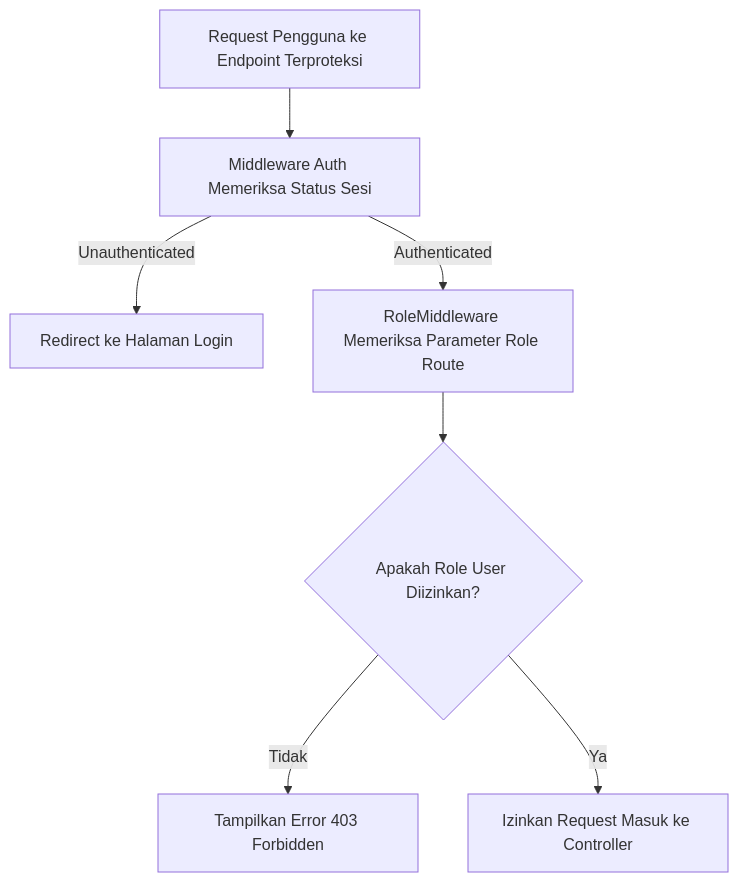
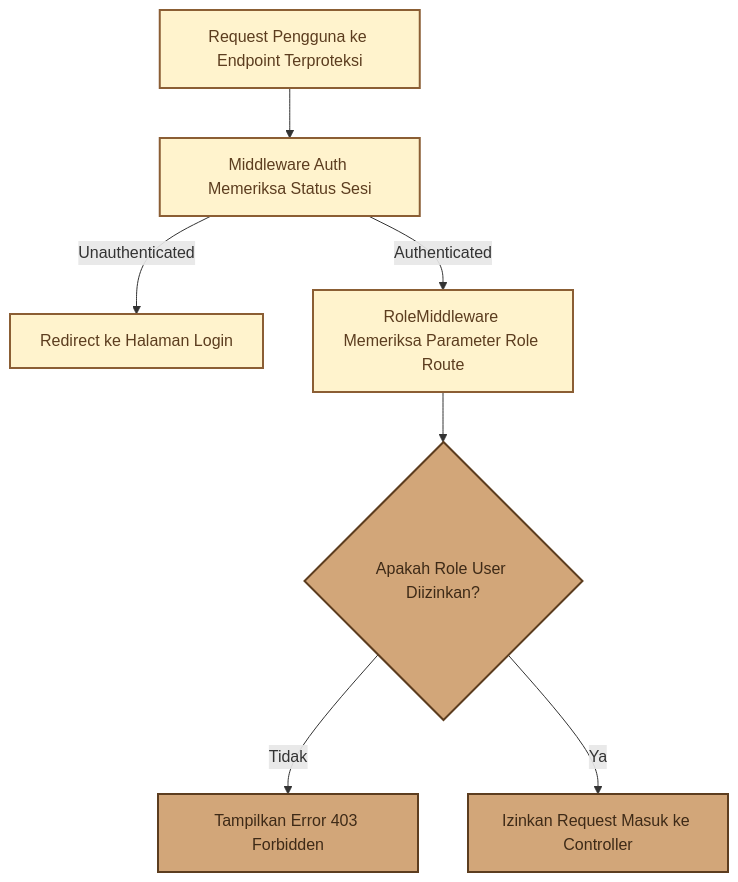
The third of 13 diagrams in docs/DOKUMENTASI_MODULE_SISTEM.md (nazwasalsabila181718-droid/manajemen_perawatan), drawn with Mermaid before and after one commit. The commit also changed other lines of this file, not shown here.

Commit message:
style: tambahkan tema warna kuning-coklat pada diagram mermaid

````diff
--- a/docs/DOKUMENTASI_MODULE_SISTEM.md
+++ b/docs/DOKUMENTASI_MODULE_SISTEM.md
@@ -76,9 +88,15 @@
 ```mermaid
 flowchart TD
+    classDef default fill:#FFF3CD,stroke:#8B5E34,stroke-width:2px,color:#5C3D1F;
+    classDef highlight fill:#D2A679,stroke:#5C3D1F,stroke-width:2px,color:#3E2A17;
+
     A[Request Pengguna ke Endpoint Terproteksi] --> B[Middleware Auth Memeriksa Status Sesi]
     B -- Unauthenticated --> C[Redirect ke Halaman Login]
     B -- Authenticated --> D[RoleMiddleware Memeriksa Parameter Role Route]
     D --> E{Apakah Role User Diizinkan?}
     E -- Tidak --> F[Tampilkan Error 403 Forbidden]
     E -- Ya --> G[Izinkan Request Masuk ke Controller]
+
+    class A,B,C,D default;
+    class E,F,G highlight;
 ```
````
